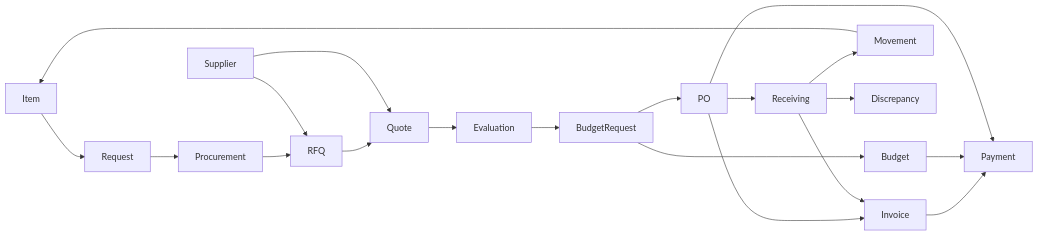
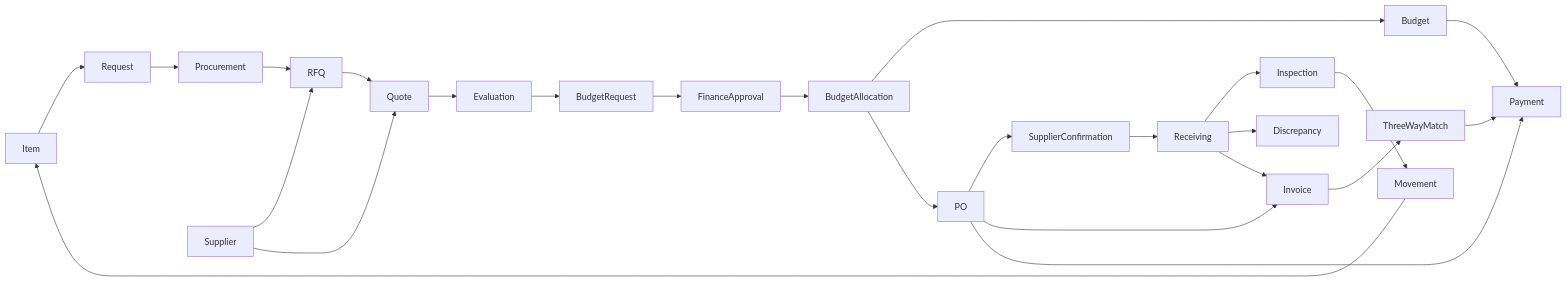
One commit to dev-page/aestheticare-app changed the first of 4 diagrams in docs/supply-management-architecture.md. Above: the diagram before and after it, drawn with Mermaid. The commit also changed other lines of this file and 33 other files, not shown here.

````diff
--- a/docs/supply-management-architecture.md
+++ b/docs/supply-management-architecture.md
@@ -36,14 +41,13 @@
 ```mermaid
 flowchart LR
   Item --> Request --> Procurement --> RFQ --> Quote --> Evaluation
   Supplier --> RFQ
   Supplier --> Quote
-  Evaluation --> BudgetRequest --> Budget
-  BudgetRequest --> PO --> Receiving --> Movement --> Item
+  Evaluation --> BudgetRequest --> FinanceApproval --> BudgetAllocation --> Budget
+  BudgetAllocation --> PO --> SupplierConfirmation --> Receiving --> Inspection --> Movement --> Item
   Receiving --> Discrepancy
-  PO --> Invoice
+  PO --> Invoice --> ThreeWayMatch --> Payment
   Receiving --> Invoice
-  Invoice --> Payment
   Budget --> Payment
   PO --> Payment
 ```
````
